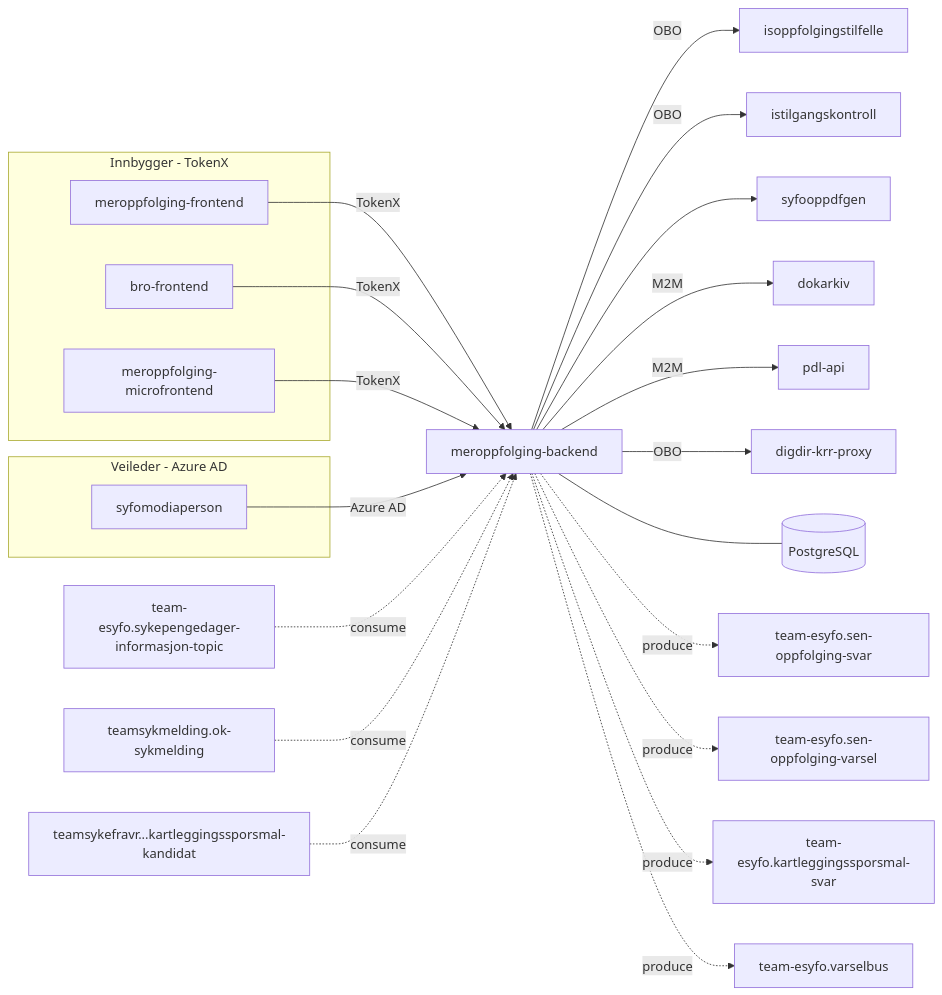
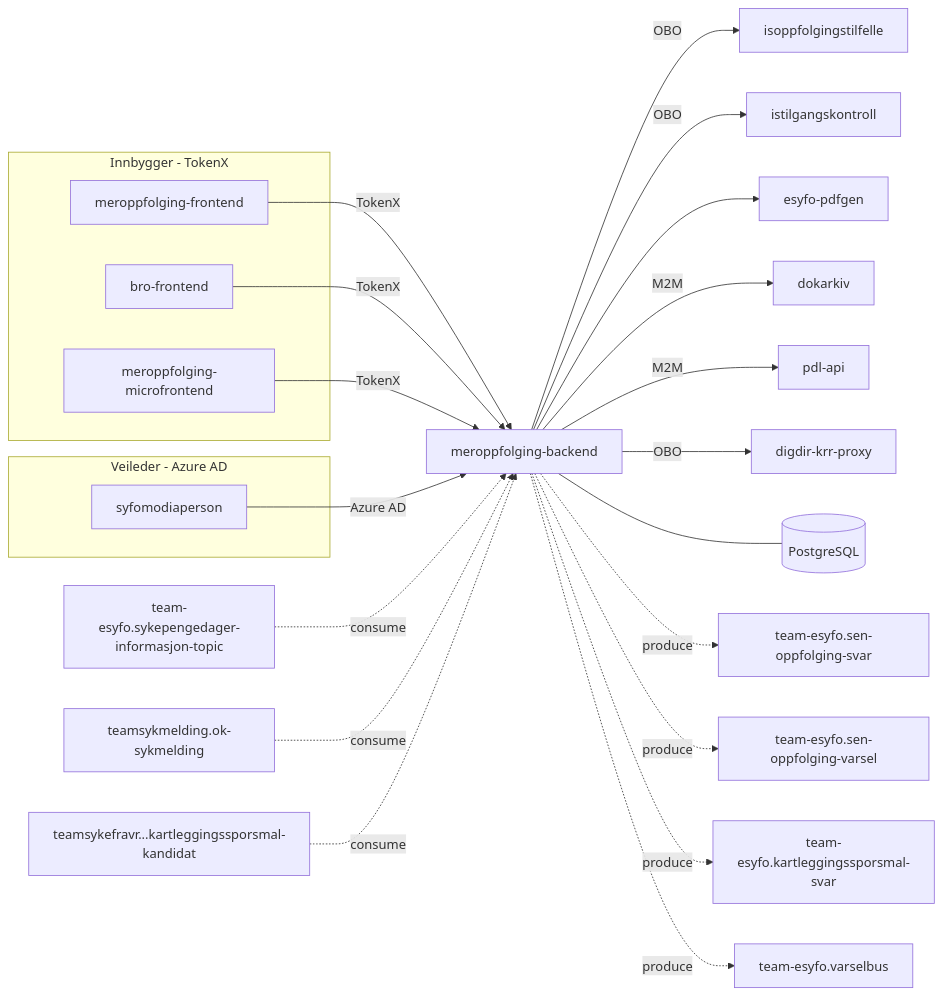
Before and after one commit to navikt/meroppfolging-backend: the diagram in README.md, drawn with Mermaid. The commit also changed 14 other files, not shown here.

Commit message:
chore: migrate all pdfs to esyfo-pdfgen (#444)

````diff
--- a/README.md
+++ b/README.md
@@ -28,29 +28,29 @@
 ```mermaid
 graph LR
     subgraph Innbygger - TokenX
         MF[meroppfolging-frontend]
         BF[bro-frontend]
         MICRO[meroppfolging-microfrontend]
     end
 
     subgraph Veileder - Azure AD
         MODIA[syfomodiaperson]
     end
 
     MF & BF & MICRO -->|TokenX| APP[meroppfolging-backend]
     MODIA -->|Azure AD| APP
     APP -->|OBO| OPPF[isoppfolgingstilfelle]
     APP -->|OBO| TILGANG[istilgangskontroll]
-    APP --> PDF[syfooppdfgen]
+    APP --> PDF[esyfo-pdfgen]
     APP -->|M2M| DOKARKIV[dokarkiv]
     APP -->|M2M| PDL[pdl-api]
     APP -->|OBO| KRR[digdir-krr-proxy]
     APP --- DB[(PostgreSQL)]
     SPDI[team-esyfo.sykepengedager-informasjon-topic] -.->|consume| APP
     SYK[teamsykmelding.ok-sykmelding] -.->|consume| APP
     KANDIDAT[teamsykefravr...kartleggingssporsmal-kandidat] -.->|consume| APP
     APP -.->|produce| SVAR[team-esyfo.sen-oppfolging-svar]
     APP -.->|produce| VARSEL[team-esyfo.sen-oppfolging-varsel]
     APP -.->|produce| KSVAR[team-esyfo.kartleggingssporsmal-svar]
     APP -.->|produce| VBUS[team-esyfo.varselbus]
 ```
````
